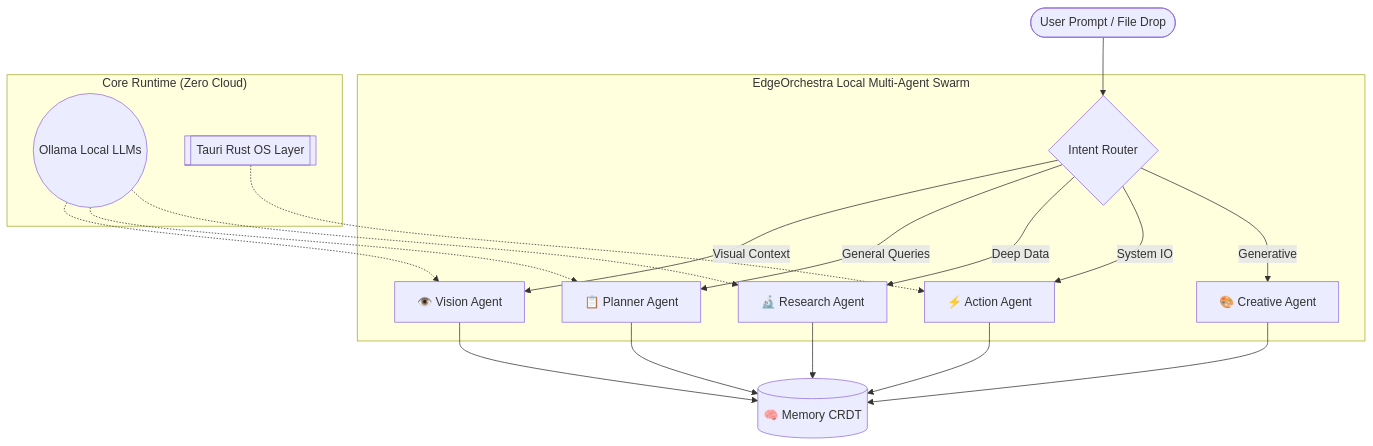
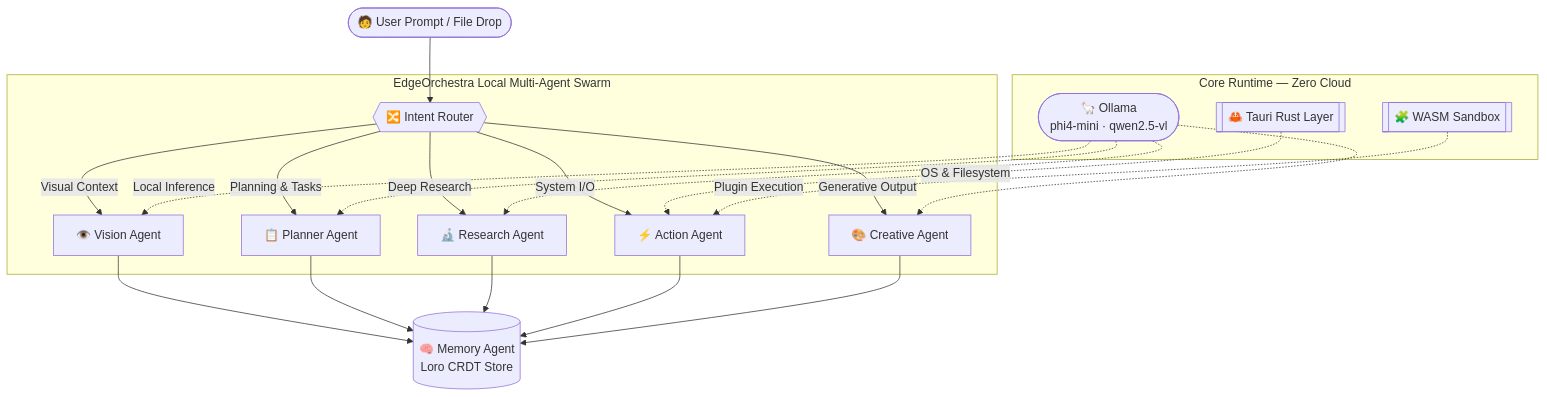
One commit to diyamajee-spec/EdgeOrchestra changed the diagram in README.md. Above: the diagram before and after it, drawn with Mermaid. The commit also changed other lines of this file, not shown here.

Commit message:
docs: revamp README with professional layout, badges, and architecture diagram

````diff
--- a/README.md
+++ b/README.md
@@ -50,25 +105,27 @@
 ```mermaid
 graph TD
-    User([User Prompt / File Drop]) --> Router{Intent Router}
-    
+    User(["🧑 User Prompt / File Drop"]) --> Router{{"🔀 Intent Router"}}
+
     subgraph "EdgeOrchestra Local Multi-Agent Swarm"
-        Router -->|Visual Context| Vision[👁️ Vision Agent]
-        Router -->|General Queries| Planner[📋 Planner Agent]
-        Router -->|Deep Data| Research[🔬 Research Agent]
-        Router -->|System IO| Action[⚡ Action Agent]
-        Router -->|Generative| Creative[🎨 Creative Agent]
+        Router -->|"Visual Context"| Vision["👁️ Vision Agent"]
+        Router -->|"Planning & Tasks"| Planner["📋 Planner Agent"]
+        Router -->|"Deep Research"| Research["🔬 Research Agent"]
+        Router -->|"System I/O"| Action["⚡ Action Agent"]
+        Router -->|"Generative Output"| Creative["🎨 Creative Agent"]
     end
-    
-    Vision --> Memory[(🧠 Memory CRDT)]
+
+    Vision --> Memory[("🧠 Memory Agent\nLoro CRDT Store")]
     Planner --> Memory
     Research --> Memory
     Action --> Memory
     Creative --> Memory
-    
-    subgraph "Core Runtime (Zero Cloud)"
-        Ollama((Ollama Local LLMs)) -.-> Vision
+
+    subgraph "Core Runtime — Zero Cloud"
+        Ollama(["🦙 Ollama\nphi4-mini · qwen2.5-vl"]) -.->|"Local Inference"| Vision
         Ollama -.-> Planner
         Ollama -.-> Research
-        Tauri[[Tauri Rust OS Layer]] -.-> Action
+        Ollama -.-> Creative
+        Tauri[["🦀 Tauri Rust Layer"]] -.->|"OS & Filesystem"| Action
+        WASM[["🧩 WASM Sandbox"]] -.->|"Plugin Execution"| Action
     end
 ```
````
